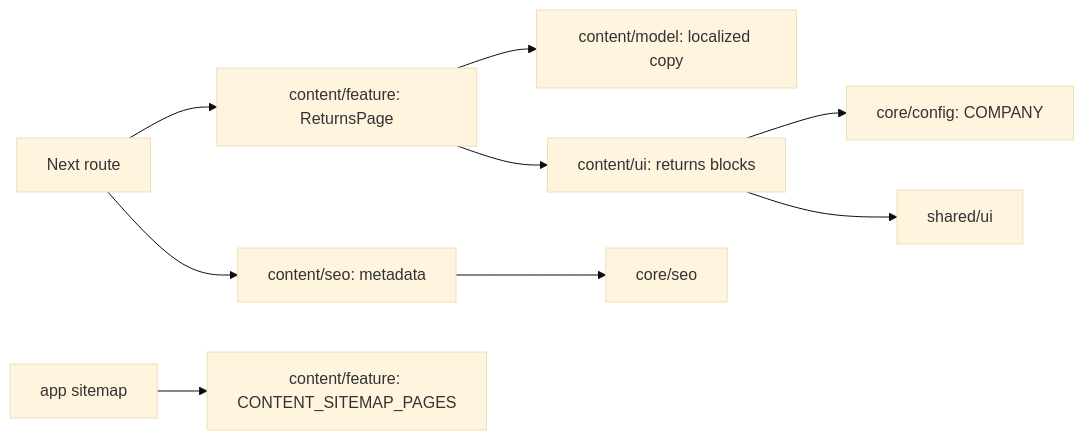
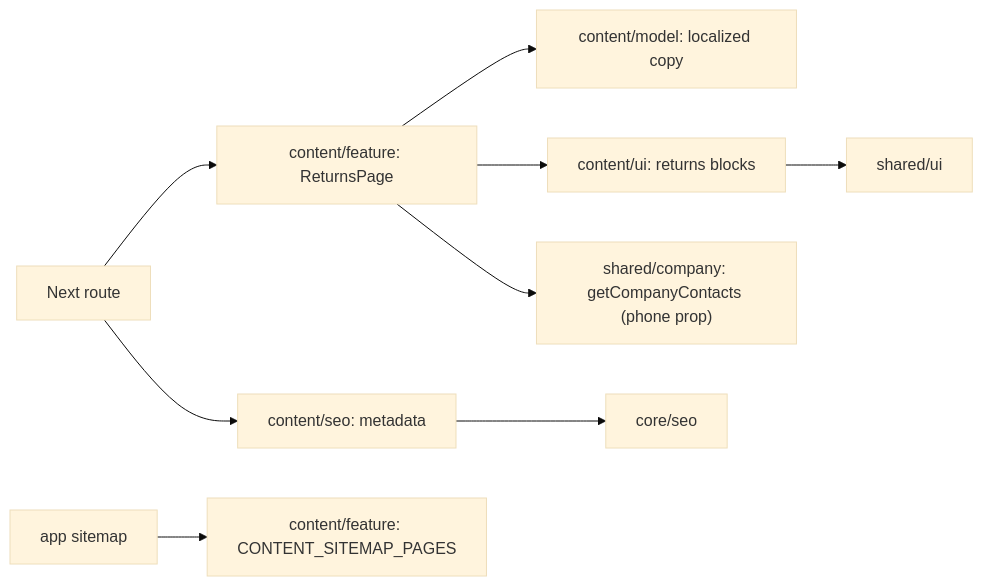
One commit to Weretik/kedr-web changed the diagram in docs/features/site/returns-exchanges.md. Above: the diagram before and after it, drawn with Mermaid (base theme). The commit also changed 145 other files, not shown here.

First line of the commit message:
feat(contacts): site reads company contacts from the API, admin edits them

````diff
--- a/docs/features/site/returns-exchanges.md
+++ b/docs/features/site/returns-exchanges.md
@@ -9,11 +9,11 @@
 ```mermaid
 flowchart LR
   Route["Next route"] --> Feature["content/feature: ReturnsPage"]
   Route --> SEO["content/seo: metadata"]
   Feature --> Model["content/model: localized copy"]
   Feature --> UI["content/ui: returns blocks"]
-  UI --> Config["core/config: COMPANY"]
+  Feature --> Contacts["shared/company: getCompanyContacts (phone prop)"]
   UI --> Primitives["shared/ui"]
   SEO --> CoreSEO["core/seo"]
   Sitemap["app sitemap"] --> Descriptors["content/feature: CONTENT_SITEMAP_PAGES"]
 ```
````
